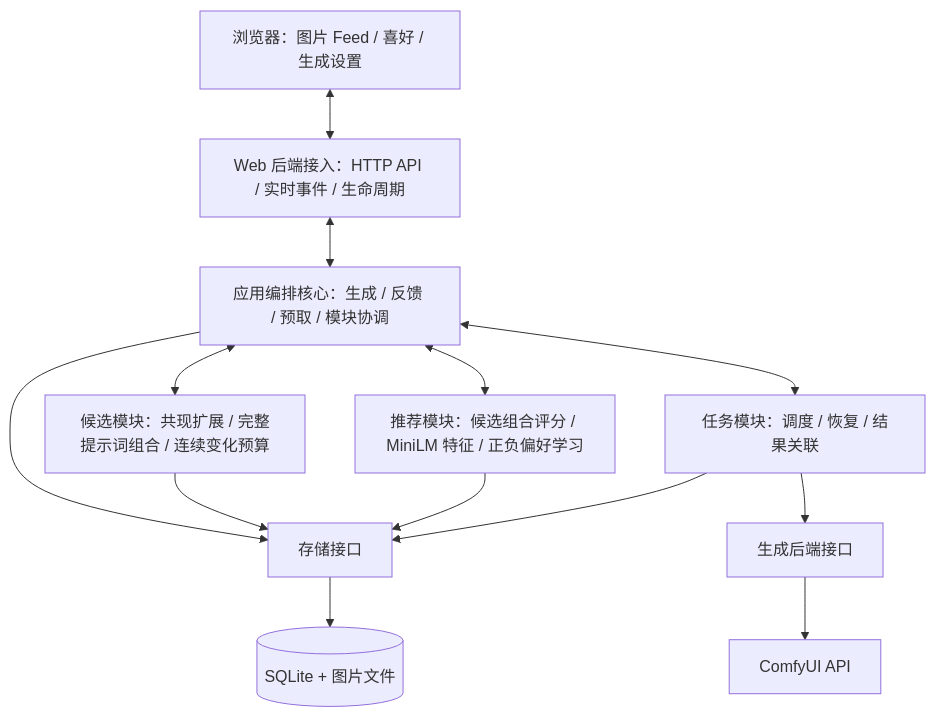
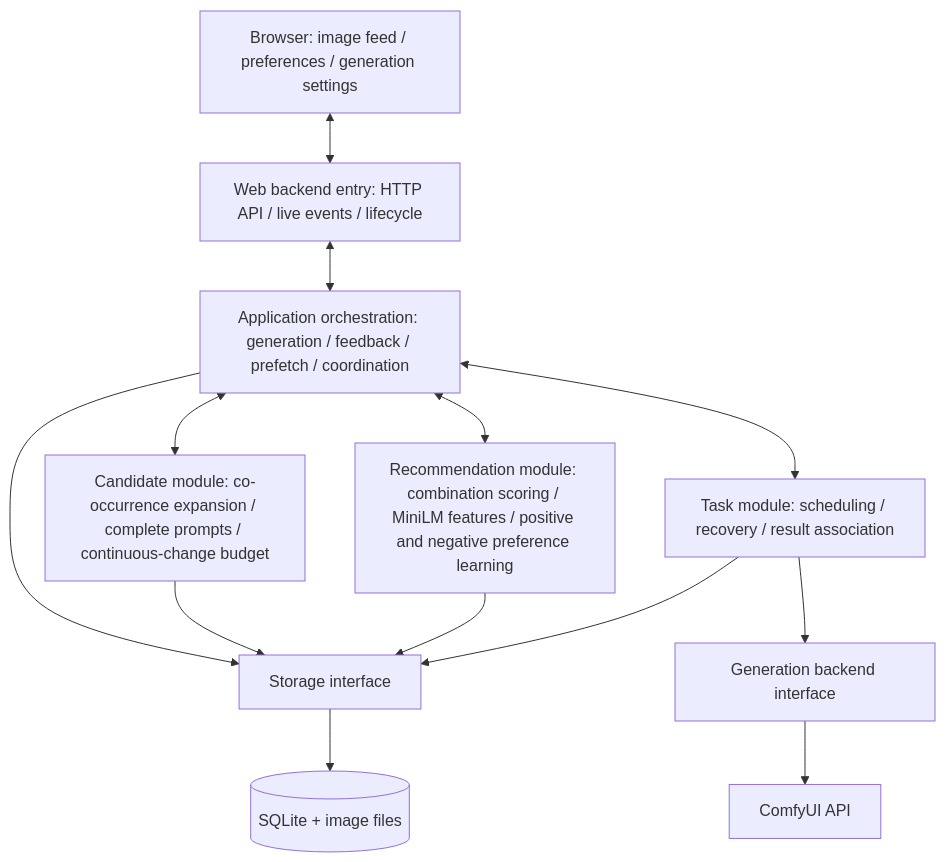
Before and after one commit to Lykr/pictide: the diagram in docs/dev/architecture.md, drawn with Mermaid. The commit also changed other lines of this file and 13 other files, not shown here.

Commit message:
docs: translate current architecture documentation into English

````diff
--- a/docs/dev/architecture.md
+++ b/docs/dev/architecture.md
@@ -11,26 +13,26 @@
 ```mermaid
 flowchart TD
-    UI["浏览器：图片 Feed / 喜好 / 生成设置"]
-    Host["Web 后端接入：HTTP API / 实时事件 / 生命周期"]
-    App["应用编排核心：生成 / 反馈 / 预取 / 模块协调"]
-    Rules["候选模块：共现扩展 / 完整提示词组合 / 连续变化预算"]
-    Rec["推荐模块：候选组合评分 / MiniLM 特征 / 正负偏好学习"]
-    Jobs["任务模块：调度 / 恢复 / 结果关联"]
-    Backend["生成后端接口"]
+    UI["Browser: image feed / preferences / generation settings"]
+    Host["Web backend entry: HTTP API / live events / lifecycle"]
+    App["Application orchestration: generation / feedback / prefetch / coordination"]
+    Rules["Candidate module: co-occurrence expansion / complete prompts / continuous-change budget"]
+    Rec["Recommendation module: combination scoring / MiniLM features / positive and negative preference learning"]
+    Jobs["Task module: scheduling / recovery / result association"]
+    Backend["Generation backend interface"]
     Comfy["ComfyUI API"]
-    Store["存储接口"]
-    DB[("SQLite + 图片文件")]
+    Store["Storage interface"]
+    DB[("SQLite + image files")]
 
     UI <--> Host
     Host <--> App
     App <--> Rules
     App <--> Rec
     App <--> Jobs
     Jobs --> Backend
     Backend --> Comfy
     App --> Store
     Rules --> Store
     Rec --> Store
     Jobs --> Store
     Store --> DB
 ```
````
